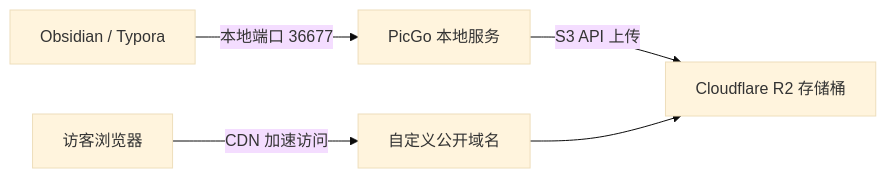
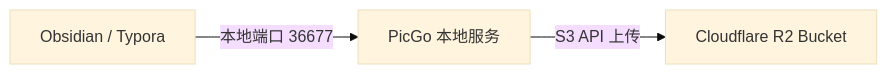
One commit to Edmounds/blog_web changed the diagram in src/content/blog/用Cloudflare R2+picgo实现免费图床.md. Above: the diagram before and after it, drawn with Mermaid (base theme). The commit also changed other lines of this file and 23 other files, not shown here.

````diff
--- a/src/content/blog/用Cloudflare R2+picgo实现免费图床.md
+++ b/src/content/blog/用Cloudflare R2+picgo实现免费图床.md
@@ -16,7 +16,5 @@
 ```mermaid
 flowchart LR
   A[Obsidian / Typora] -->|本地端口 36677| B[PicGo 本地服务]
-  B -->|S3 API 上传| C[Cloudflare R2 存储桶]
-  D[访客浏览器] -->|CDN 加速访问| E[自定义公开域名]
-  E --> C
+  B -->|S3 API 上传| C[Cloudflare R2 Bucket]
 ```
````
